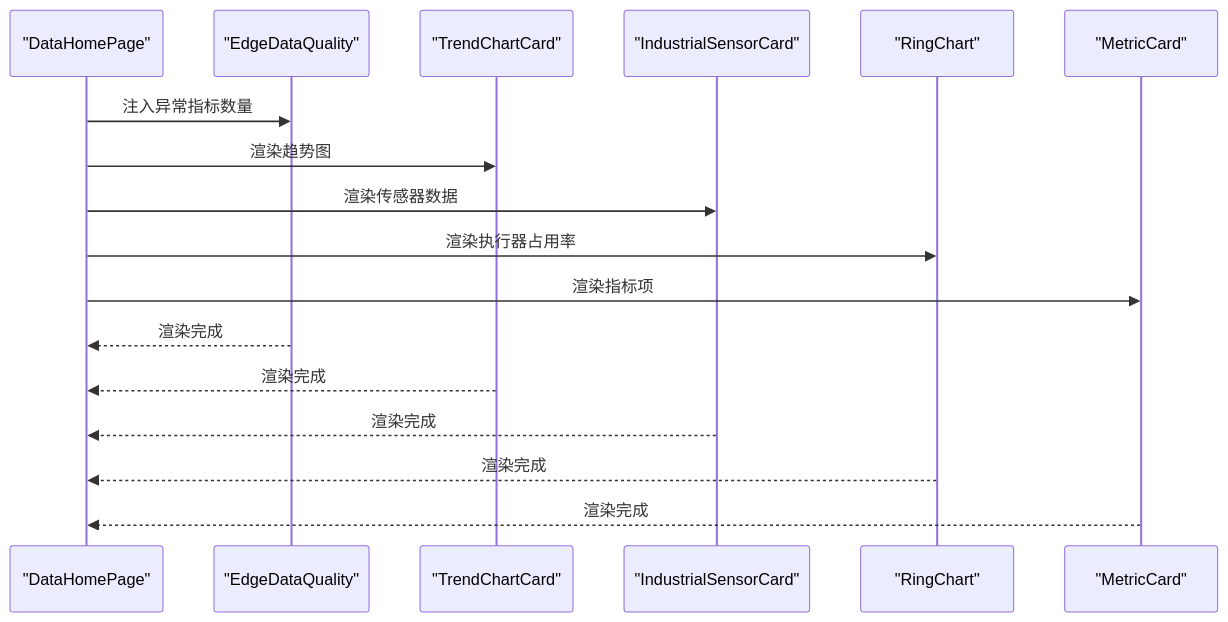
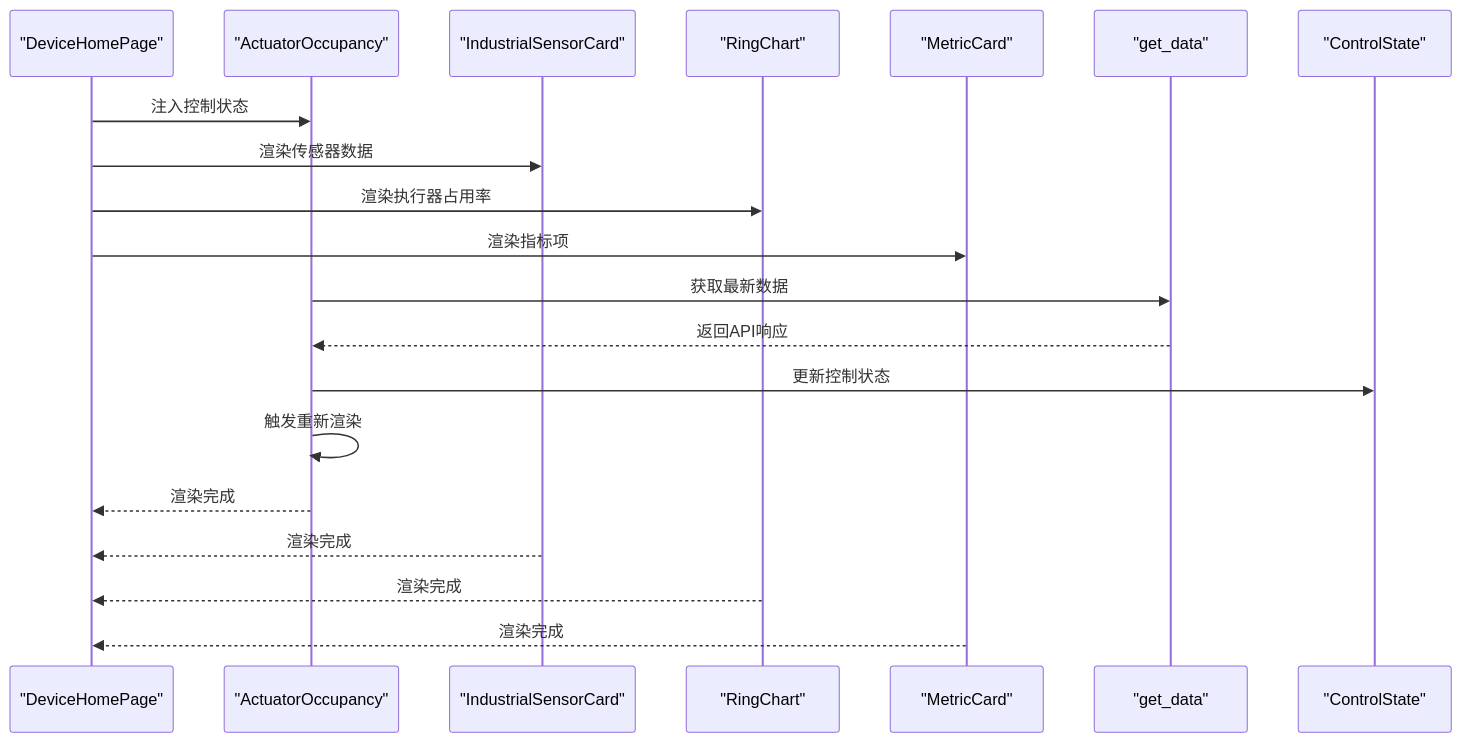
One commit to Neonrey-hub/SmartController changed the second of 10 diagrams in .qoder/repowiki/zh/content/界面组件系统/数据展示组件/数据展示组件.md. Above: the diagram before and after it, drawn with Mermaid. The commit also changed other lines of this file and 16 other files, not shown here.

````diff
--- a/.qoder/repowiki/zh/content/界面组件系统/数据展示组件/数据展示组件.md
+++ b/.qoder/repowiki/zh/content/界面组件系统/数据展示组件/数据展示组件.md
@@ -107,19 +136,22 @@
 ```mermaid
 sequenceDiagram
-participant Page as "DataHomePage"
-participant Card as "EdgeDataQuality"
-participant Chart as "TrendChartCard"
-participant Sensor as "IndustrialSensorCard"
-participant Ring as "RingChart"
-participant Metric as "MetricCard"
-Page->>Card : 注入异常指标数量
-Page->>Chart : 渲染趋势图
-Page->>Sensor : 渲染传感器数据
-Page->>Ring : 渲染执行器占用率
-Page->>Metric : 渲染指标项
-Card-->>Page : 渲染完成
-Chart-->>Page : 渲染完成
-Sensor-->>Page : 渲染完成
-Ring-->>Page : 渲染完成
-Metric-->>Page : 渲染完成
+participant Page as "DeviceHomePage"
+participant AO as "ActuatorOccupancy"
+participant ISC as "IndustrialSensorCard"
+participant RC as "RingChart"
+participant MC as "MetricCard"
+participant GS as "get_data"
+participant CS as "ControlState"
+Page->>AO : 注入控制状态
+Page->>ISC : 渲染传感器数据
+Page->>RC : 渲染执行器占用率
+Page->>MC : 渲染指标项
+AO->>GS : 获取最新数据
+GS-->>AO : 返回API响应
+AO->>CS : 更新控制状态
+AO->>AO : 触发重新渲染
+AO-->>Page : 渲染完成
+ISC-->>Page : 渲染完成
+RC-->>Page : 渲染完成
+MC-->>Page : 渲染完成
 ```
````
